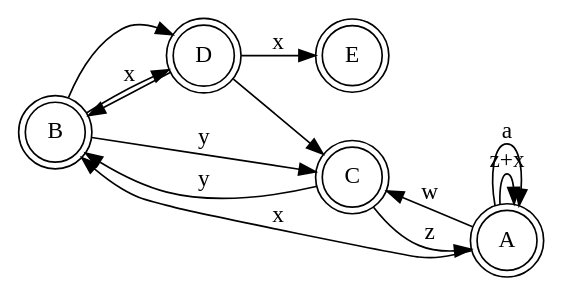
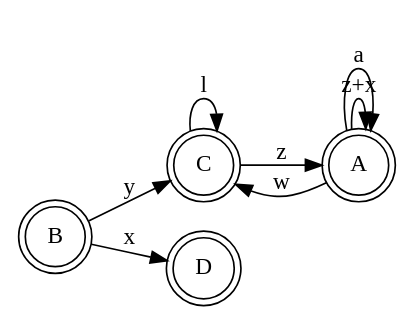
Before and after one commit to andrelago13/COMP: the diagram in examples vis/teste2.dot, drawn with Graphviz. The commit also changed 2 other files, not shown here.

```diff
--- a/examples vis/teste2.dot
+++ b/examples vis/teste2.dot
@@ -1,18 +1,14 @@
 digraph {
   rankdir=LR;
   node [shape = doublecircle,
   		peripheries = 2]; B C;
   node [shape = circle];
   START[label=A];
   START -> START[label="z+x"];
   START -> START[label=a];
-  START -> B[label=x];
   START -> C[label=w];
   B -> C[label=y];
-  C -> B[label=y];
   C -> START[label=z];
-  B -> D;
+  C -> C[label=l];
   B -> D[label=x];
-  D -> {B; C}
-  D -> E[label=x];
 }
```
